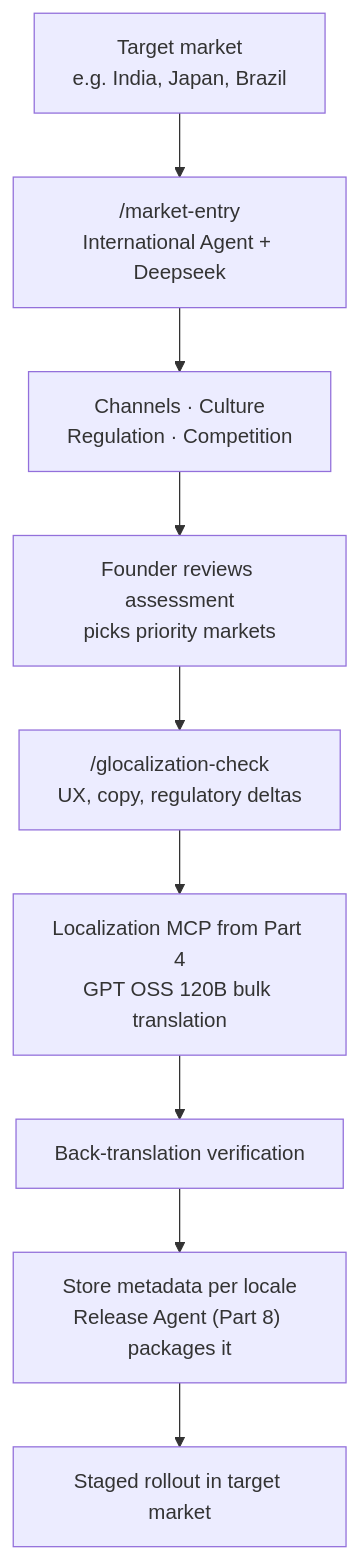
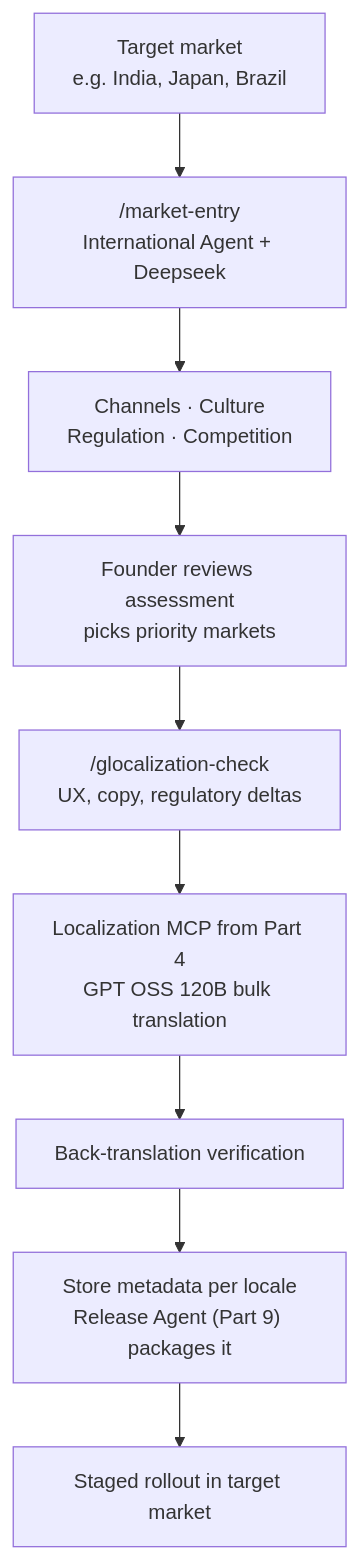
Before and after one commit to dmvieira/appacadabra: the third of 3 diagrams in docs/blog/blog_expanded_parts7_9.md, drawn with Mermaid. The commit also changed other lines of this file and 9 other files, not shown here.

````diff
--- a/docs/blog/blog_expanded_parts7_9.md
+++ b/docs/blog/blog_expanded_parts7_9.md
@@ -202,11 +202,11 @@
 ```mermaid
 flowchart TD
     TARGET["Target market<br/>e.g. India, Japan, Brazil"] --> ME["/market-entry<br/>International Agent + Deepseek"]
     ME --> ANALYSIS["Channels · Culture<br/>Regulation · Competition"]
     ANALYSIS --> FOUNDER["Founder reviews assessment<br/>picks priority markets"]
     FOUNDER --> GLOCAL["/glocalization-check<br/>UX, copy, regulatory deltas"]
     GLOCAL --> LOC["Localization MCP from Part 4<br/>GPT OSS 120B bulk translation"]
     LOC --> BT["Back-translation verification"]
-    BT --> META["Store metadata per locale<br/>Release Agent (Part 8) packages it"]
+    BT --> META["Store metadata per locale<br/>Release Agent (Part 9) packages it"]
     META --> LAUNCH[Staged rollout in target market]
 ```
````
